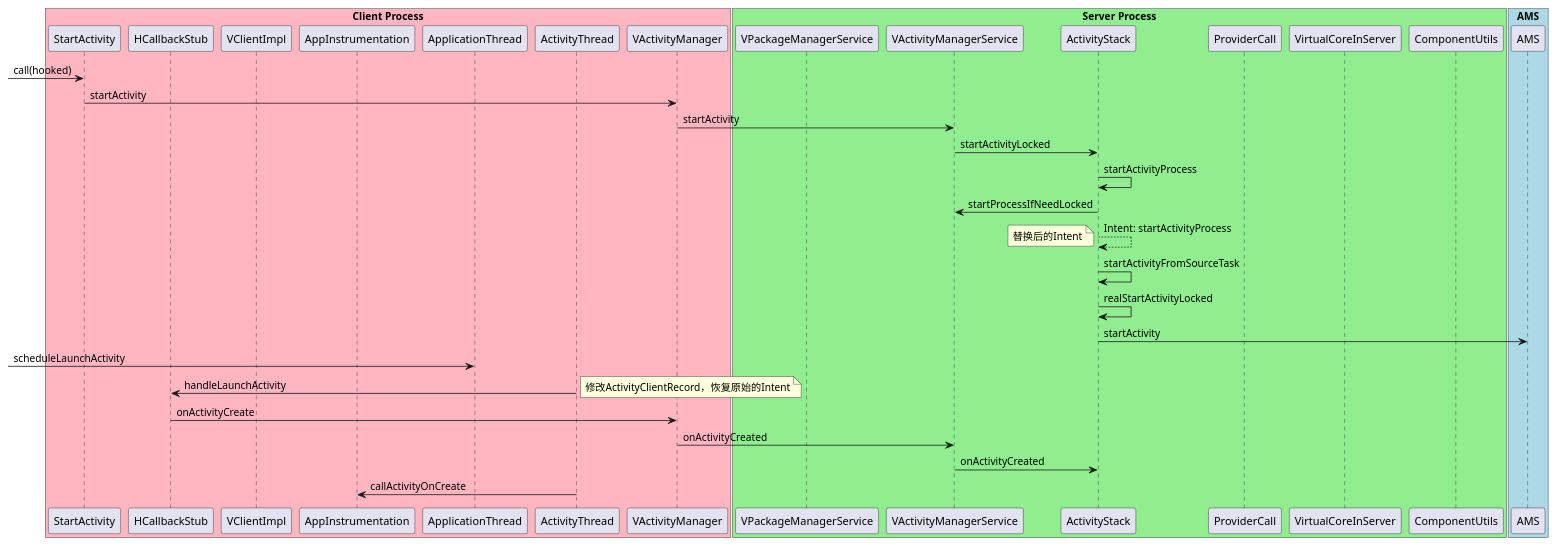
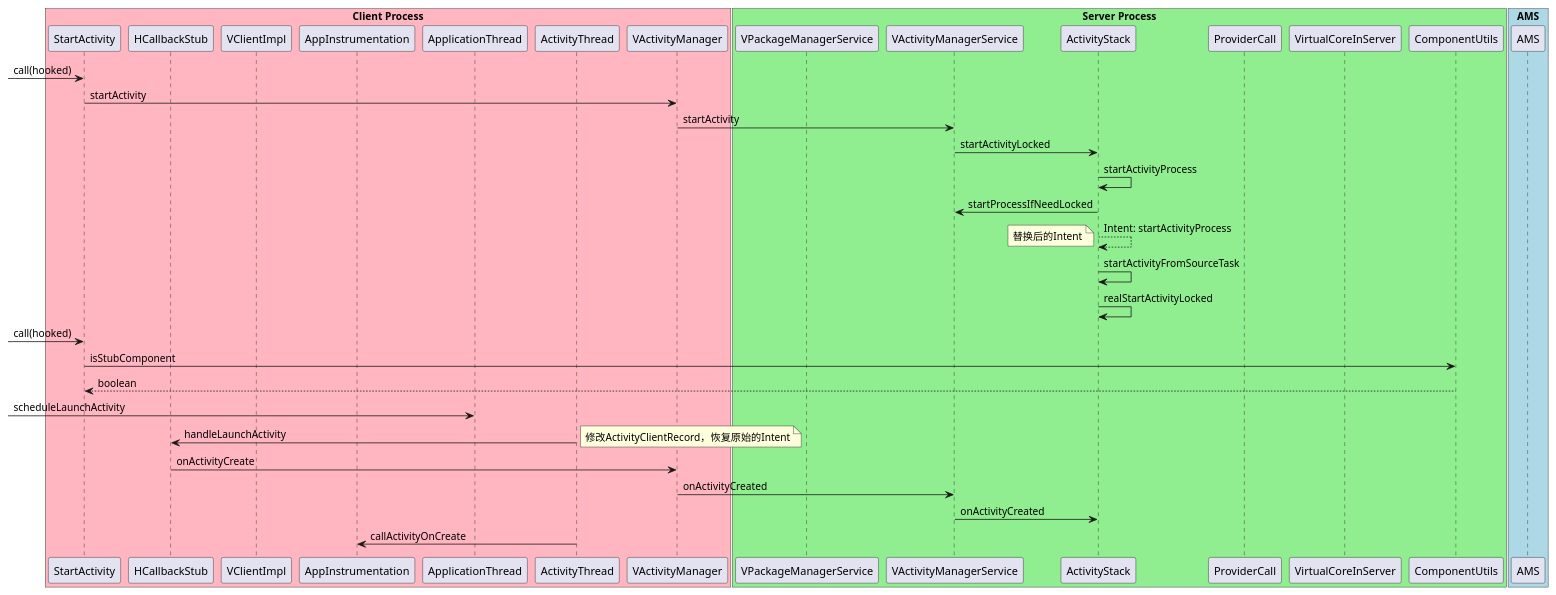
One commit to skyoung09/VirtualApp changed the diagram in VirtualApp/startActivityStandardInSameProcess.puml. Above: the diagram before and after it, drawn with PlantUML. The commit also changed 1 other file, not shown here.

Commit message:
Modify startActivityStandardInSameProcess

```diff
--- a/VirtualApp/startActivityStandardInSameProcess.puml
+++ b/VirtualApp/startActivityStandardInSameProcess.puml
@@ -1,48 +1,51 @@
 @startuml
 box "Client Process" #LightPink
 participant StartActivity
 participant HCallbackStub
 participant VClientImpl
 participant AppInstrumentation
 participant ApplicationThread
 participant ActivityThread
 participant VActivityManager
 end box
 
 box "Server Process" #LightGreen
 participant VPackageManagerService
 participant VActivityManagerService
 participant ActivityStack
 participant ProviderCall
 participant VirtualCoreInServer
 participant ComponentUtils
 end box
 
 box "AMS" #LightBlue
 participant AMS
 end box
 
 -> StartActivity: call(hooked)
 StartActivity -> VActivityManager: startActivity
 VActivityManager -> VActivityManagerService : startActivity
 VActivityManagerService -> ActivityStack: startActivityLocked
 ActivityStack -> ActivityStack: startActivityProcess
 ActivityStack -> VActivityManagerService: startProcessIfNeedLocked
 ActivityStack --> ActivityStack: Intent: startActivityProcess
 note left
 替换后的Intent
 end note
 ActivityStack -> ActivityStack: startActivityFromSourceTask
 ActivityStack -> ActivityStack: realStartActivityLocked
-ActivityStack -> AMS: startActivity
+
+-> StartActivity: call(hooked)
+StartActivity -> ComponentUtils: isStubComponent
+ComponentUtils --> StartActivity : boolean
 
 -> ApplicationThread: scheduleLaunchActivity
 ActivityThread -> HCallbackStub: handleLaunchActivity
 note right
 修改ActivityClientRecord，恢复原始的Intent
 end note
 HCallbackStub -> VActivityManager: onActivityCreate
 VActivityManager -> VActivityManagerService: onActivityCreated
 VActivityManagerService -> ActivityStack: onActivityCreated
 ActivityThread -> AppInstrumentation: callActivityOnCreate
 @enduml
```
